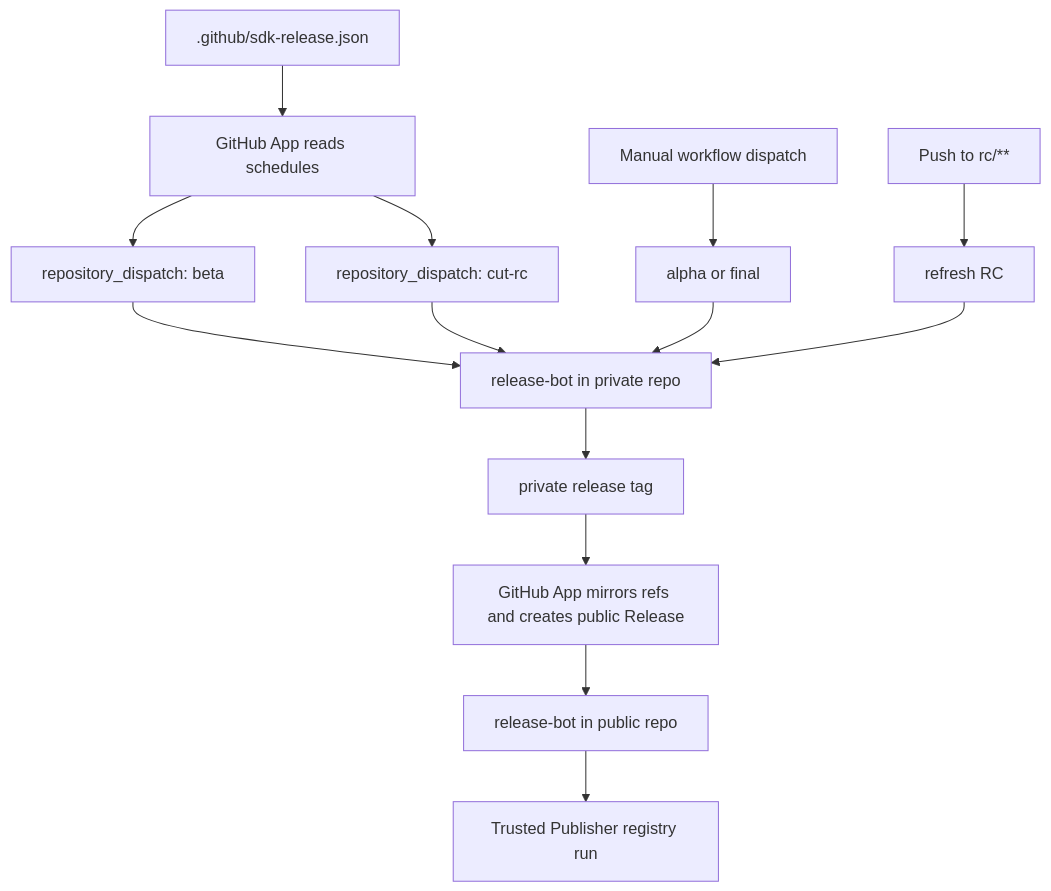
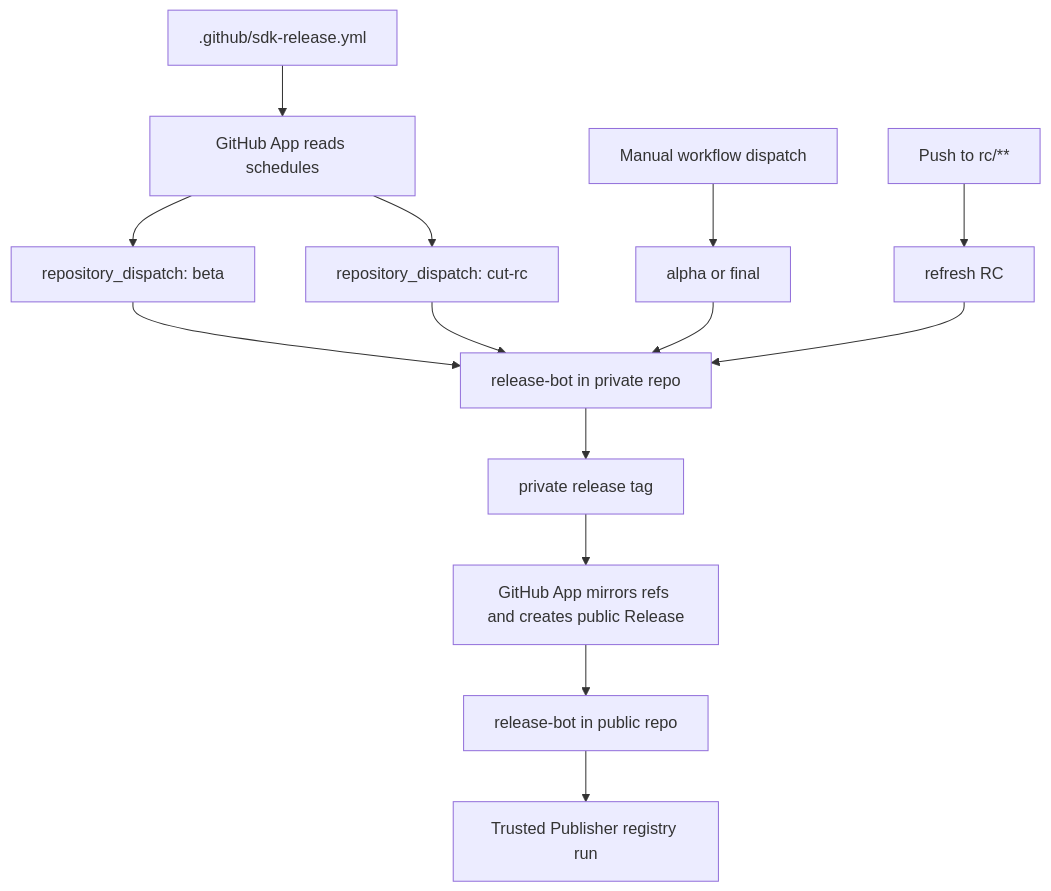
Before and after one commit to loomb-oai/test-public-repo: the diagram in README.md, drawn with Mermaid. The commit also changed other lines of this file and 5 other files, not shown here.

````diff
--- a/README.md
+++ b/README.md
@@ -52,16 +52,16 @@
 ```mermaid
 flowchart TD
-  A[".github/sdk-release.json"] --> B["GitHub App reads schedules"]
+  A[".github/sdk-release.yml"] --> B["GitHub App reads schedules"]
   B --> C["repository_dispatch: beta"]
   B --> D["repository_dispatch: cut-rc"]
   E["Manual workflow dispatch"] --> F["alpha or final"]
   G["Push to rc/**"] --> H["refresh RC"]
   C --> I["release-bot in private repo"]
   D --> I
   F --> I
   H --> I
   I --> J["private release tag"]
   J --> K["GitHub App mirrors refs and creates public Release"]
   K --> L["release-bot in public repo"]
   L --> M["Trusted Publisher registry run"]
 ```
````
